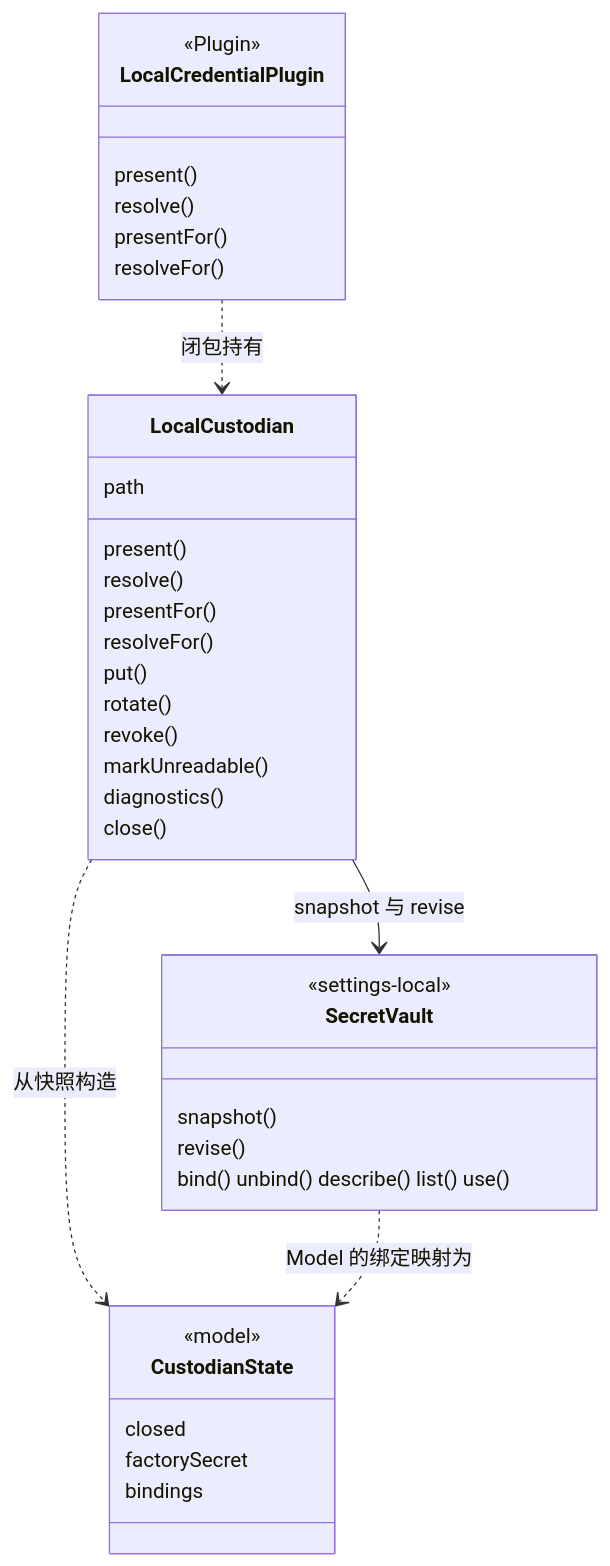
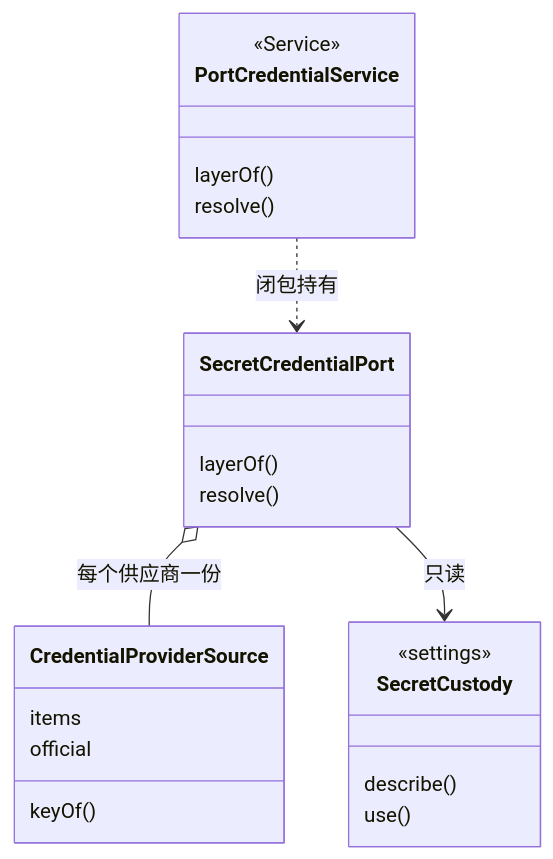
Before and after one commit to nemori-ai/omne-harness-lite: the first of 2 diagrams in packages/model/model-host-local/docs/object-model.md, drawn with Mermaid. The commit also changed other lines of this file and 333 other files, not shown here.

First line of the commit message:
feat(model,settings,harness-server)!: Model 凭据统一为模型供应商的秘密设置项

````diff
--- a/packages/model/model-host-local/docs/object-model.md
+++ b/packages/model/model-host-local/docs/object-model.md
@@ -7,39 +7,25 @@
 ```mermaid
 classDiagram
-  class LocalCustodian {
-    path
-    present()
+  class SecretCredentialPort {
+    layerOf()
     resolve()
-    presentFor()
-    resolveFor()
-    put()
-    rotate()
-    revoke()
-    markUnreadable()
-    diagnostics()
-    close()
   }
-  class CustodianState {
-    <<model>>
-    closed
-    factorySecret
-    bindings
+  class CredentialProviderSource {
+    items
+    official
+    keyOf()
   }
-  class SecretVault {
-    <<settings-local>>
-    snapshot()
-    revise()
-    bind() unbind() describe() list() use()
+  class SecretCustody {
+    <<settings>>
+    describe()
+    use()
   }
-  class LocalCredentialPlugin {
-    <<Plugin>>
-    present()
+  class PortCredentialService {
+    <<Service>>
+    layerOf()
     resolve()
-    presentFor()
-    resolveFor()
   }
-  LocalCustodian ..> CustodianState : 从快照构造
-  LocalCustodian --> SecretVault : snapshot 与 revise
-  SecretVault ..> CustodianState : Model 的绑定映射为
-  LocalCredentialPlugin ..> LocalCustodian : 闭包持有
+  SecretCredentialPort o-- CredentialProviderSource : 每个供应商一份
+  SecretCredentialPort --> SecretCustody : 只读
+  PortCredentialService ..> SecretCredentialPort : 闭包持有
 ```
````
